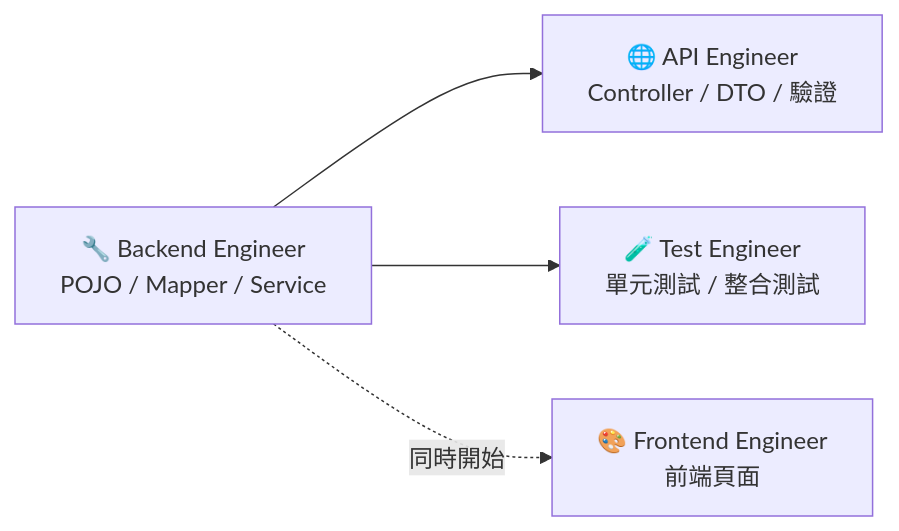
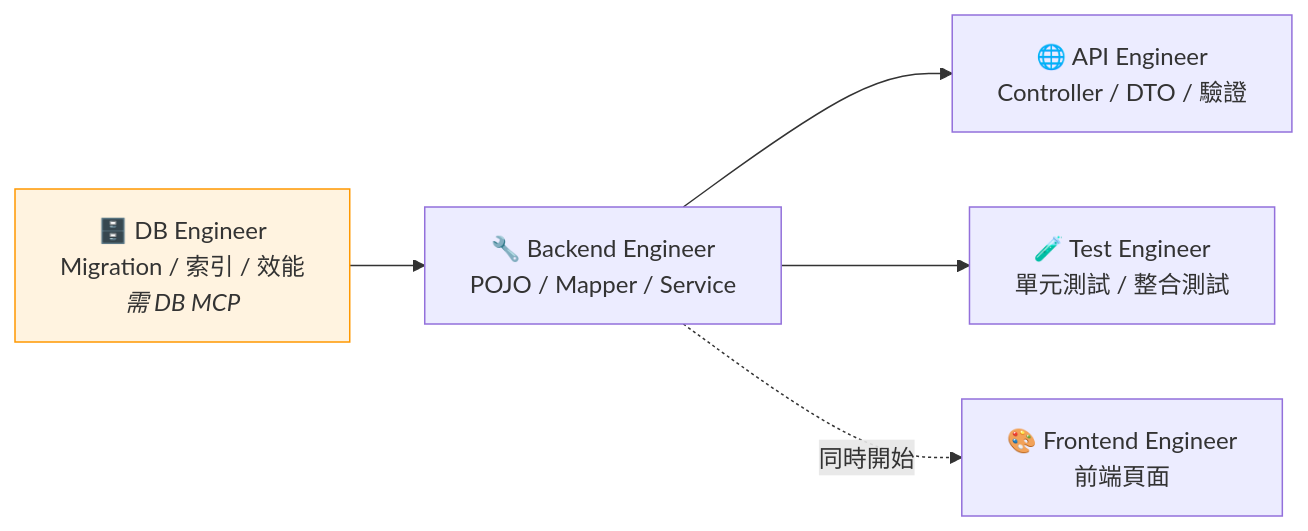
Before and after one commit to mark22013333/bug-workflow: the second of 3 diagrams in plugins/feature-workflow/README.md, drawn with Mermaid. The commit also changed other lines of this file and 2 other files, not shown here.

Commit message:
feat(plan-build): 新增 DB Engineer 成員，團隊擴充為最多 5 人
plan-build SKILL.md：
- 新增成員 0：DB Engineer（需 DB MCP/DBHub）
  - 使用 execute_sql / search_objects 查詢真實資料庫
  - 驗證 db.md 設計與 DB 現狀差異
  - 產生 Migration SQL（CREATE/ALTER TABLE）
  - 索引建議與慢查詢分析（MSSQL DMV / pg_stat_statements）
  - 產出 db-optimization.md 效能報告
- DB Engineer 最先開始，後端工程師等待其完成後才開始
- 團隊組成動態調整：有 DB MCP 時 5 人，無則維持原 4 人
- 清理舊 DB MCP 佔位符，改為 DB Engineer 直接內建

feature-workflow README：
- Agent Teams 組成圖從 4 人改為最多 5 人，加入 DB Engineer 節點
- 新增 /plan-build 使用範例

根 README：同步更新 plan-build 說明

````diff
--- a/plugins/feature-workflow/README.md
+++ b/plugins/feature-workflow/README.md
@@ -122,11 +122,15 @@
 ```mermaid
 flowchart LR
+    DB["🗄️ DB Engineer<br/>Migration / 索引 / 效能<br/><i>需 DB MCP</i>"]
     BE["🔧 Backend Engineer<br/>POJO / Mapper / Service"]
     API["🌐 API Engineer<br/>Controller / DTO / 驗證"]
     FE["🎨 Frontend Engineer<br/>前端頁面"]
     TE["🧪 Test Engineer<br/>單元測試 / 整合測試"]
 
+    DB --> BE
     BE --> API
     BE --> TE
     BE -.->|同時開始| FE
+
+    style DB fill:#fff3e0,stroke:#ff9800
 ```
````
